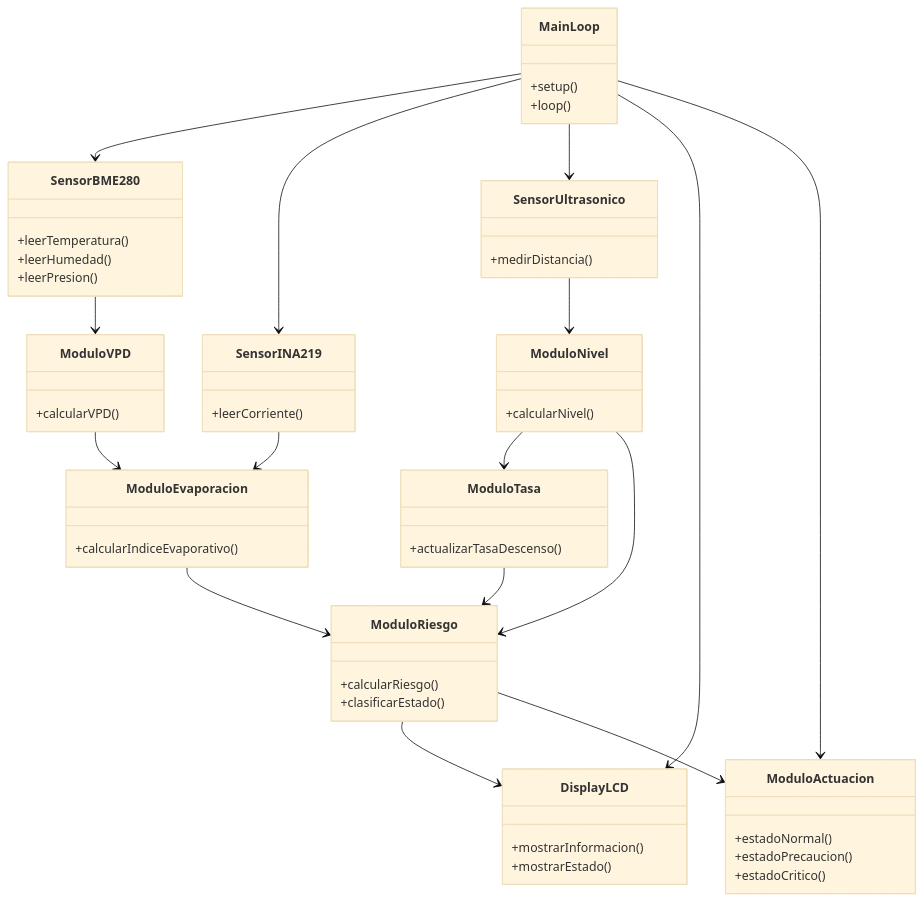
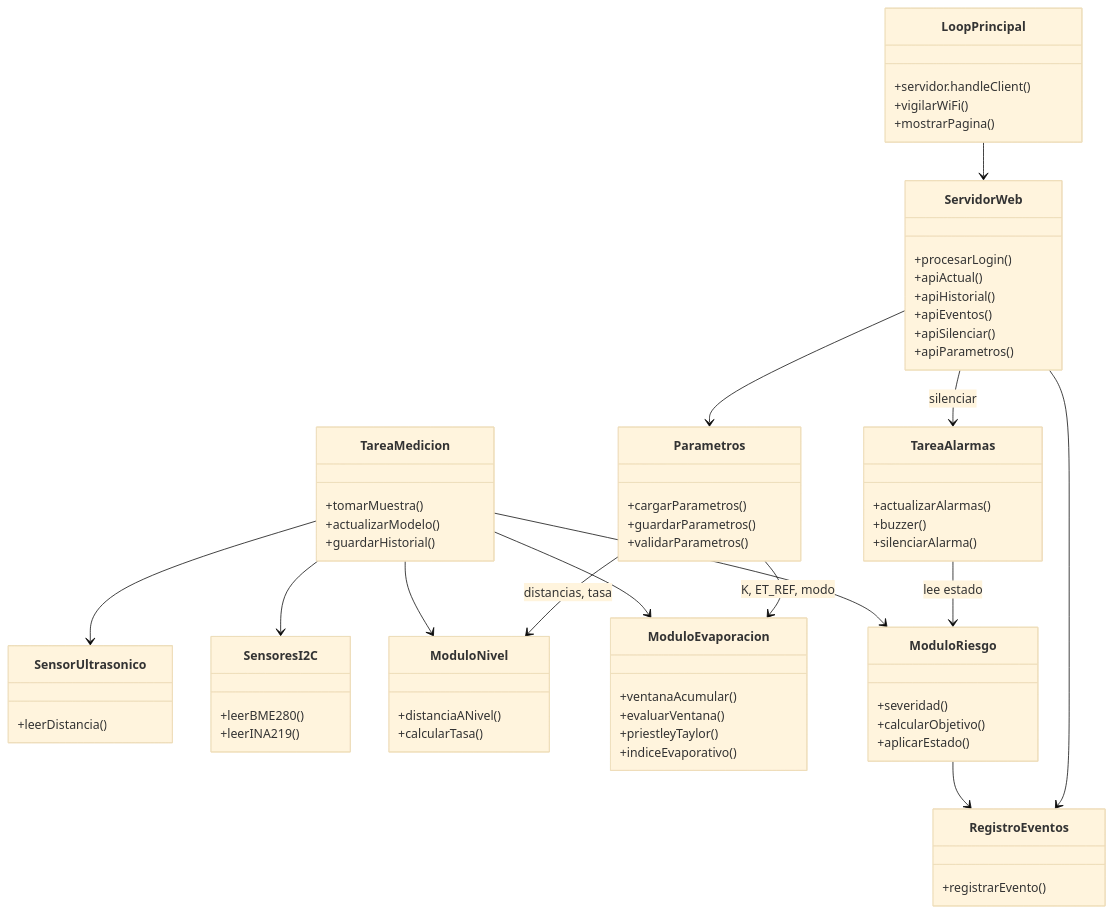
The fourth of 4 diagrams in wiki/03-Desarrollo-Modular.md (jorgis857/sistema-alerta-temprana-riesgo-hidrico), drawn with Mermaid (base theme) before and after one commit. The commit also changed other lines of this file and 13 other files, not shown here.

````diff
--- a/wiki/03-Desarrollo-Modular.md
+++ b/wiki/03-Desarrollo-Modular.md
@@ -248,74 +382,81 @@
 ```mermaid
 classDiagram
 
-    class SensorBME280 {
-        +leerTemperatura()
-        +leerHumedad()
-        +leerPresion()
-    }
-
-    class SensorINA219 {
-        +leerCorriente()
+    class TareaMedicion {
+        +tomarMuestra()
+        +actualizarModelo()
+        +guardarHistorial()
     }
 
     class SensorUltrasonico {
-        +medirDistancia()
+        +leerDistancia()
+    }
+
+    class SensoresI2C {
+        +leerBME280()
+        +leerINA219()
     }
 
     class ModuloNivel {
-        +calcularNivel()
-    }
-
-    class ModuloVPD {
-        +calcularVPD()
+        +distanciaANivel()
+        +calcularTasa()
     }
 
     class ModuloEvaporacion {
-        +calcularIndiceEvaporativo()
-    }
-
-    class ModuloTasa {
-        +actualizarTasaDescenso()
+        +ventanaAcumular()
+        +evaluarVentana()
+        +priestleyTaylor()
+        +indiceEvaporativo()
     }
 
     class ModuloRiesgo {
-        +calcularRiesgo()
-        +clasificarEstado()
+        +severidad()
+        +calcularObjetivo()
+        +aplicarEstado()
     }
 
-    class DisplayLCD {
-        +mostrarInformacion()
-        +mostrarEstado()
+    class TareaAlarmas {
+        +actualizarAlarmas()
+        +buzzer()
+        +silenciarAlarma()
     }
 
-    class ModuloActuacion {
-        +estadoNormal()
-        +estadoPrecaucion()
-        +estadoCritico()
+    class LoopPrincipal {
+        +servidor.handleClient()
+        +vigilarWiFi()
+        +mostrarPagina()
     }
 
-    class MainLoop {
-        +setup()
-        +loop()
+    class ServidorWeb {
+        +procesarLogin()
+        +apiActual()
+        +apiHistorial()
+        +apiEventos()
+        +apiSilenciar()
+        +apiParametros()
     }
 
-    MainLoop --> SensorBME280
-    MainLoop --> SensorINA219
-    MainLoop --> SensorUltrasonico
+    class Parametros {
+        +cargarParametros()
+        +guardarParametros()
+        +validarParametros()
+    }
 
-    SensorUltrasonico --> ModuloNivel
-    SensorBME280 --> ModuloVPD
-    SensorINA219 --> ModuloEvaporacion
-    ModuloVPD --> ModuloEvaporacion
+    class RegistroEventos {
+        +registrarEvento()
+    }
 
-    ModuloNivel --> ModuloTasa
-    ModuloNivel --> ModuloRiesgo
-    ModuloEvaporacion --> ModuloRiesgo
-    ModuloTasa --> ModuloRiesgo
-
-    MainLoop --> DisplayLCD
-    MainLoop --> ModuloActuacion
-
-    ModuloRiesgo --> DisplayLCD
-    ModuloRiesgo --> ModuloActuacion
+    TareaMedicion --> SensorUltrasonico
+    TareaMedicion --> SensoresI2C
+    TareaMedicion --> ModuloNivel
+    TareaMedicion --> ModuloEvaporacion
+    TareaMedicion --> ModuloRiesgo
+    ModuloRiesgo --> RegistroEventos
+    TareaAlarmas --> ModuloRiesgo : lee estado
+    LoopPrincipal --> ServidorWeb
+    ServidorWeb --> RegistroEventos
+    ServidorWeb --> TareaAlarmas : silenciar
+    ServidorWeb --> Parametros
+    Parametros --> ModuloNivel : distancias, tasa
+    Parametros --> ModuloEvaporacion : K, ET_REF, modo
 ```
````
